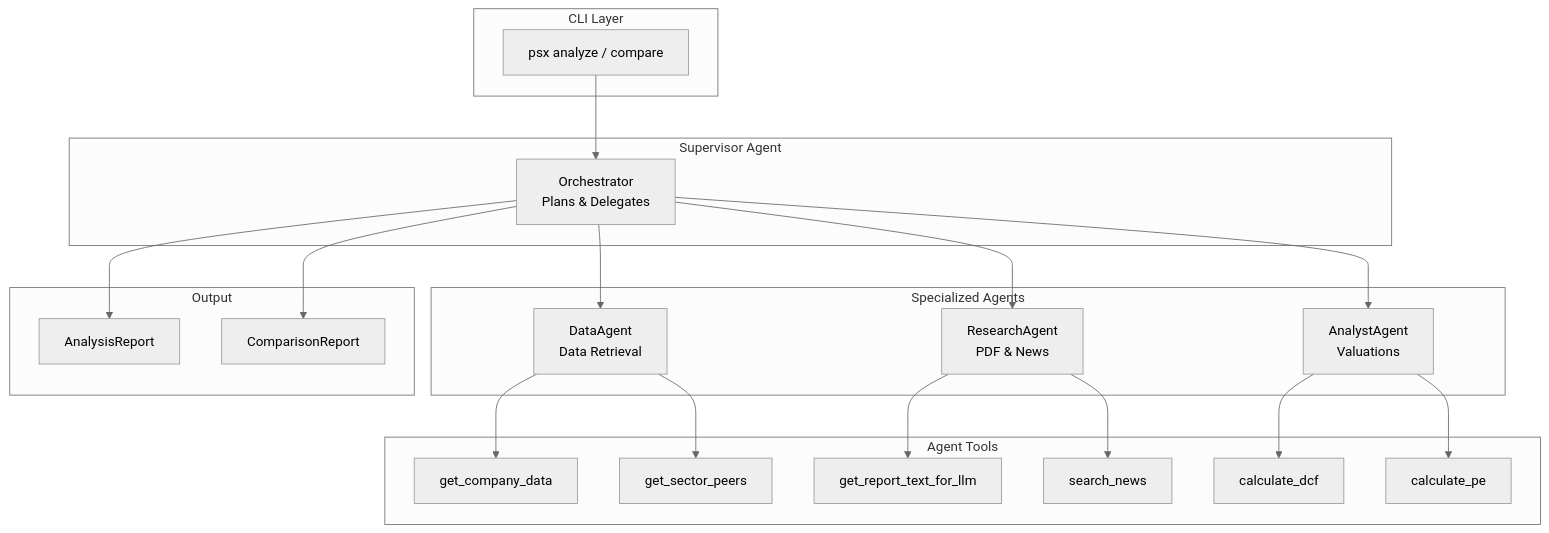
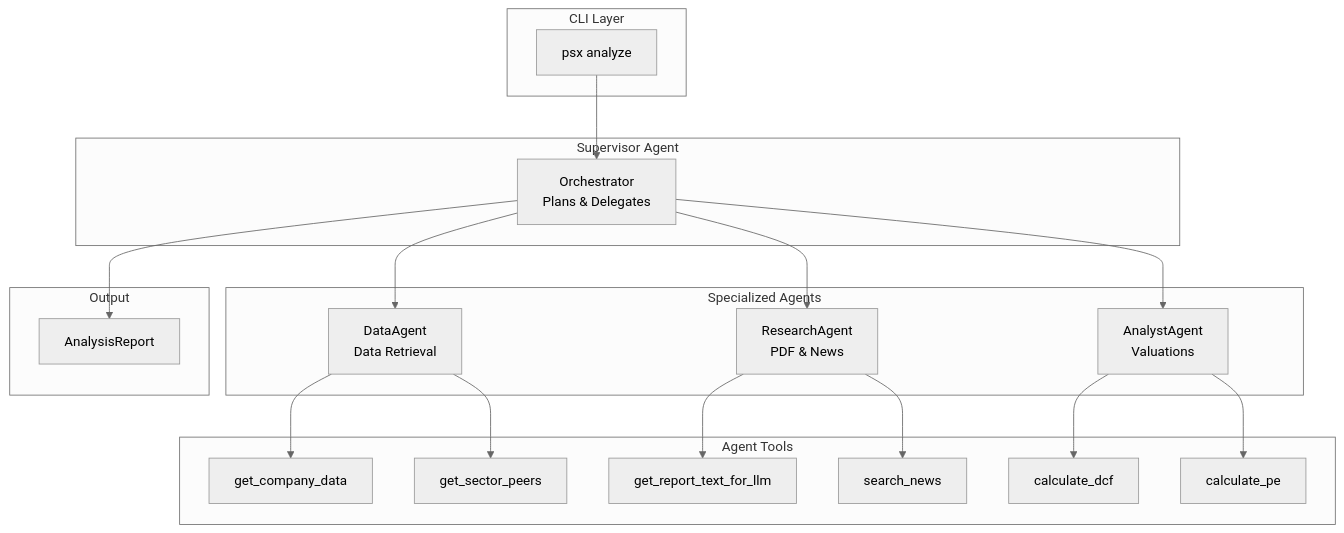
One commit to mafaq229/agents-stocks-psx changed the first of 4 diagrams in docs/AGENT_LAYER.md. Above: the diagram before and after it, drawn with Mermaid (neutral theme). The commit also changed other lines of this file and 1 other file, not shown here.

````diff
--- a/docs/AGENT_LAYER.md
+++ b/docs/AGENT_LAYER.md
@@ -34,43 +34,41 @@
 ```mermaid
 flowchart TB
     subgraph CLI["CLI Layer"]
-        CMD["psx analyze / compare"]
+        CMD["psx analyze"]
     end
 
     subgraph Supervisor["Supervisor Agent"]
         SUP["Orchestrator<br/>Plans & Delegates"]
     end
 
     subgraph Agents["Specialized Agents"]
         DA["DataAgent<br/>Data Retrieval"]
         RA["ResearchAgent<br/>PDF & News"]
         AA["AnalystAgent<br/>Valuations"]
     end
 
     subgraph Tools["Agent Tools"]
         T1["get_company_data"]
         T2["get_sector_peers"]
         T3["get_report_text_for_llm"]
         T4["search_news"]
         T5["calculate_dcf"]
         T6["calculate_pe"]
     end
 
     subgraph Output["Output"]
         AR["AnalysisReport"]
-        CR["ComparisonReport"]
     end
 
     CMD --> SUP
     SUP --> DA
     SUP --> RA
     SUP --> AA
     DA --> T1
     DA --> T2
     RA --> T3
     RA --> T4
     AA --> T5
     AA --> T6
     SUP --> AR
-    SUP --> CR
 ```
````
